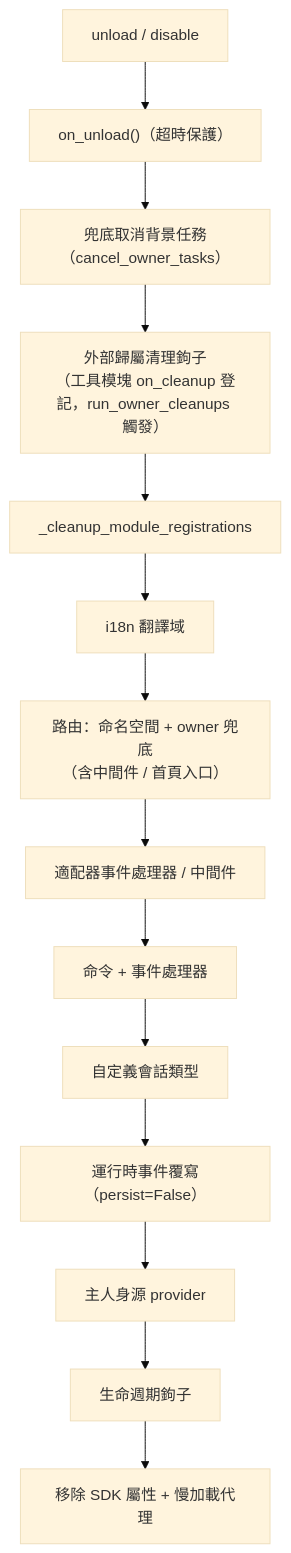
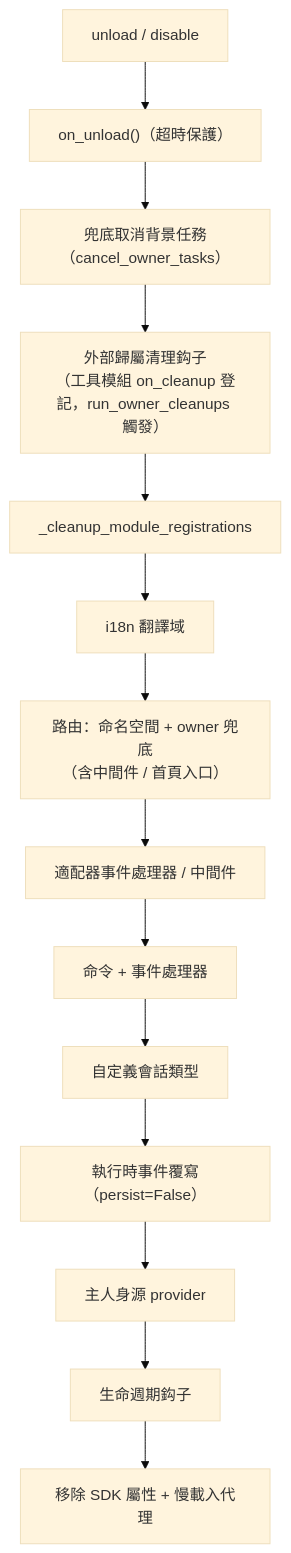
One commit to ErisPulse/ErisPulse changed the diagram in docs/zh-TW/advanced/ownership.md. Above: the diagram before and after it, drawn with Mermaid (base theme). The commit also changed other lines of this file and 19 other files, not shown here.

````diff
--- a/docs/zh-TW/advanced/ownership.md
+++ b/docs/zh-TW/advanced/ownership.md
@@ -80,16 +79,16 @@
 ```mermaid
 flowchart TD
     A["unload / disable"] --> B["on_unload()（超時保護）"]
     B --> C["兜底取消背景任務（cancel_owner_tasks）"]
-    C --> C1["外部歸屬清理鉤子<br/>（工具模塊 on_cleanup 登記，run_owner_cleanups 觸發）"]
+    C --> C1["外部歸屬清理鈎子<br/>（工具模組 on_cleanup 登記，run_owner_cleanups 觸發）"]
     C1 --> D["_cleanup_module_registrations"]
     D --> D1["i18n 翻譯域"]
     D1 --> D2["路由：命名空間 + owner 兜底<br/>（含中間件 / 首頁入口）"]
     D2 --> D3["適配器事件處理器 / 中間件"]
     D3 --> D4["命令 + 事件處理器"]
     D4 --> D5["自定義會話類型"]
-    D5 --> D6["運行時事件覆寫（persist=False）"]
+    D5 --> D6["執行時事件覆寫（persist=False）"]
     D6 --> D7["主人身源 provider"]
-    D7 --> D8["生命週期鉤子"]
-    D8 --> E["移除 SDK 屬性 + 慢加載代理"]
+    D7 --> D8["生命週期鈎子"]
+    D8 --> E["移除 SDK 屬性 + 慢載入代理"]
 ```
````
